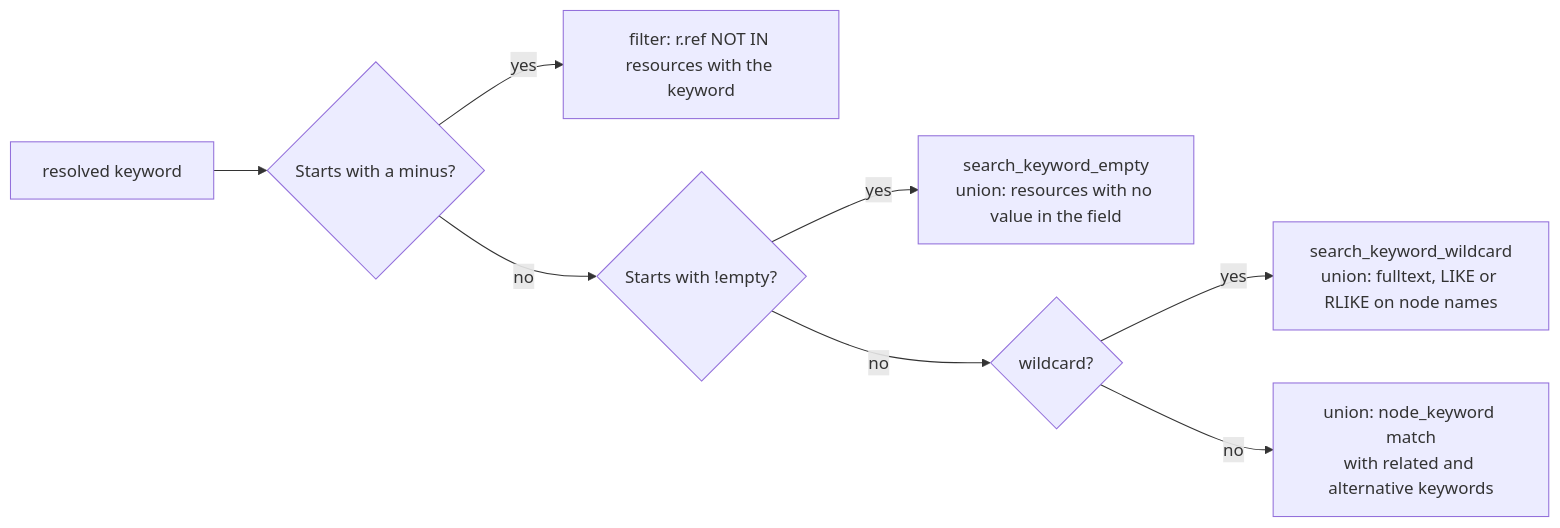
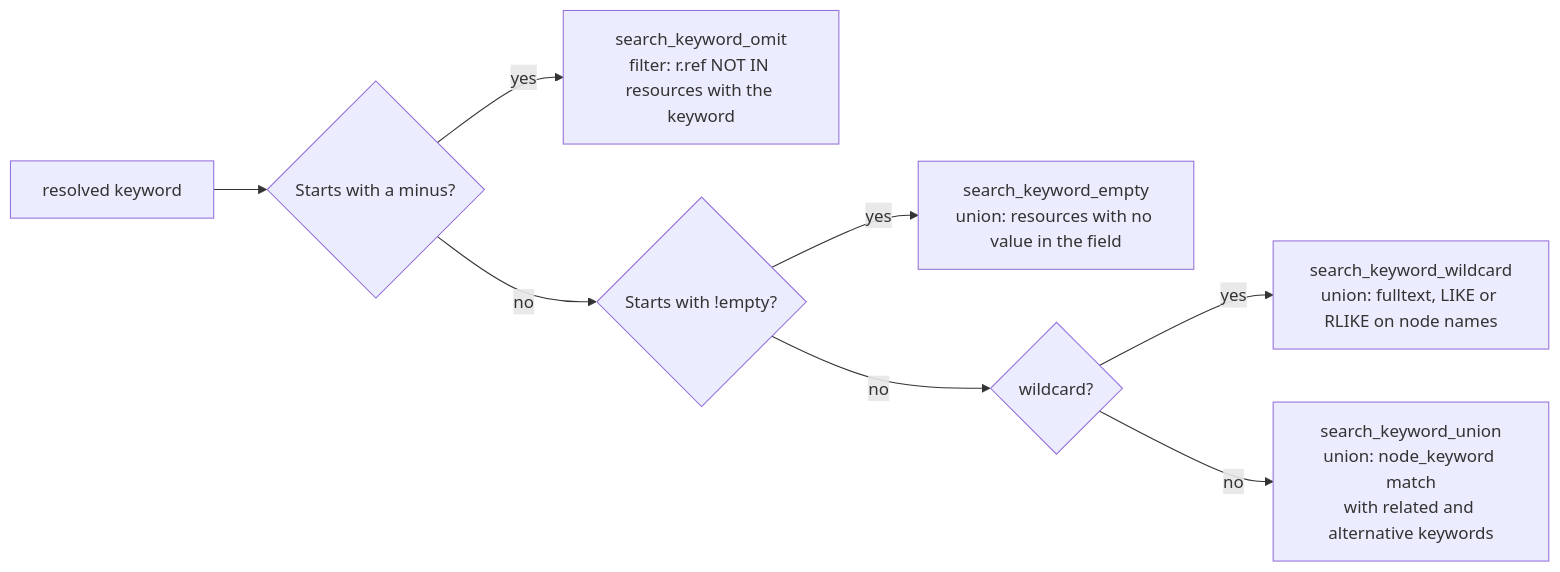
Before and after one commit to cwe/resourcespace: the fifth of 6 diagrams in documentation/search_pipeline.md, drawn with Mermaid. The commit also changed other lines of this file and 1 other file, not shown here.

Commit message:
Split keyword functions

````diff
--- a/documentation/search_pipeline.md
+++ b/documentation/search_pipeline.md
@@ -235,10 +240,10 @@
 ```mermaid
 flowchart LR
     R[resolved keyword] --> O{Starts with a minus?}
-    O -- yes --> OM[filter: r.ref NOT IN resources with the keyword]
+    O -- yes --> OM[search_keyword_omit<br>filter: r.ref NOT IN resources with the keyword]
     O -- no --> E{Starts with !empty?}
     E -- yes --> EM[search_keyword_empty<br>union: resources with no value in the field]
     E -- no --> W{wildcard?}
     W -- yes --> WC[search_keyword_wildcard<br>union: fulltext, LIKE or RLIKE on node names]
-    W -- no --> SD[union: node_keyword match<br>with related and alternative keywords]
+    W -- no --> SD[search_keyword_union<br>union: node_keyword match<br>with related and alternative keywords]
 ```
````
